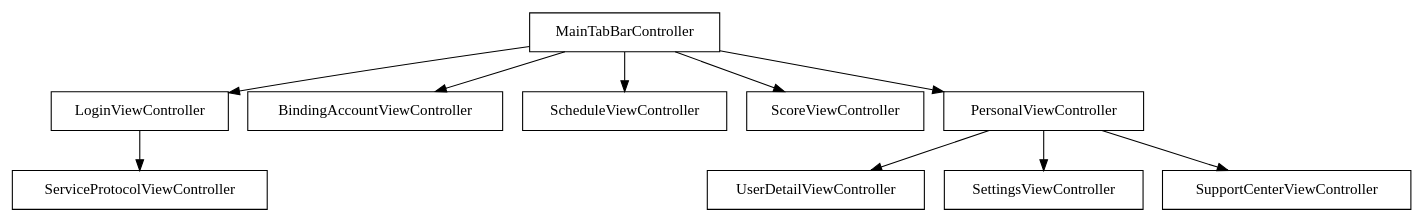
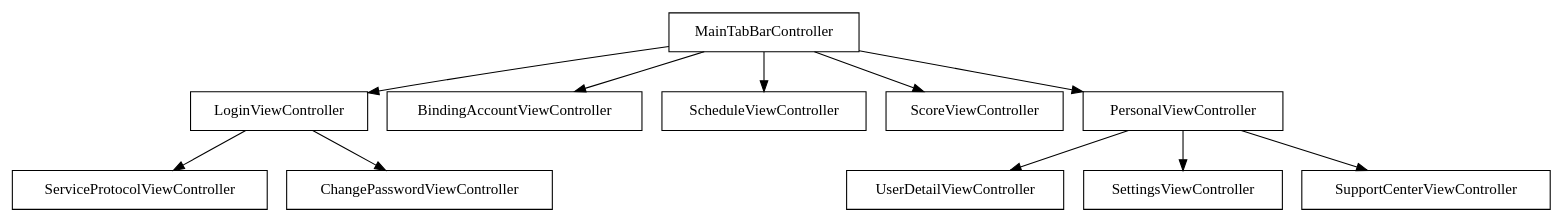
One commit to ty0x2333/XujcClient-iOS changed the diagram in Graphviz/ViewController.dot. Above: the diagram before and after it, drawn with Graphviz.

Commit message:
M Graphviz ViewController add ChangePasswordViewController

```diff
--- a/Graphviz/ViewController.dot
+++ b/Graphviz/ViewController.dot
@@ -1,14 +1,15 @@
 digraph ViewModel{
 	node[shape = record];
 
   MainTabBarController->LoginViewController->ServiceProtocolViewController;
+	LoginViewController->ChangePasswordViewController;
   MainTabBarController->BindingAccountViewController;
 
   MainTabBarController->ScheduleViewController;
   MainTabBarController->ScoreViewController;
   MainTabBarController->PersonalViewController;
 
 	PersonalViewController->UserDetailViewController;
   PersonalViewController->SettingsViewController;
   PersonalViewController->SupportCenterViewController
 }
```
